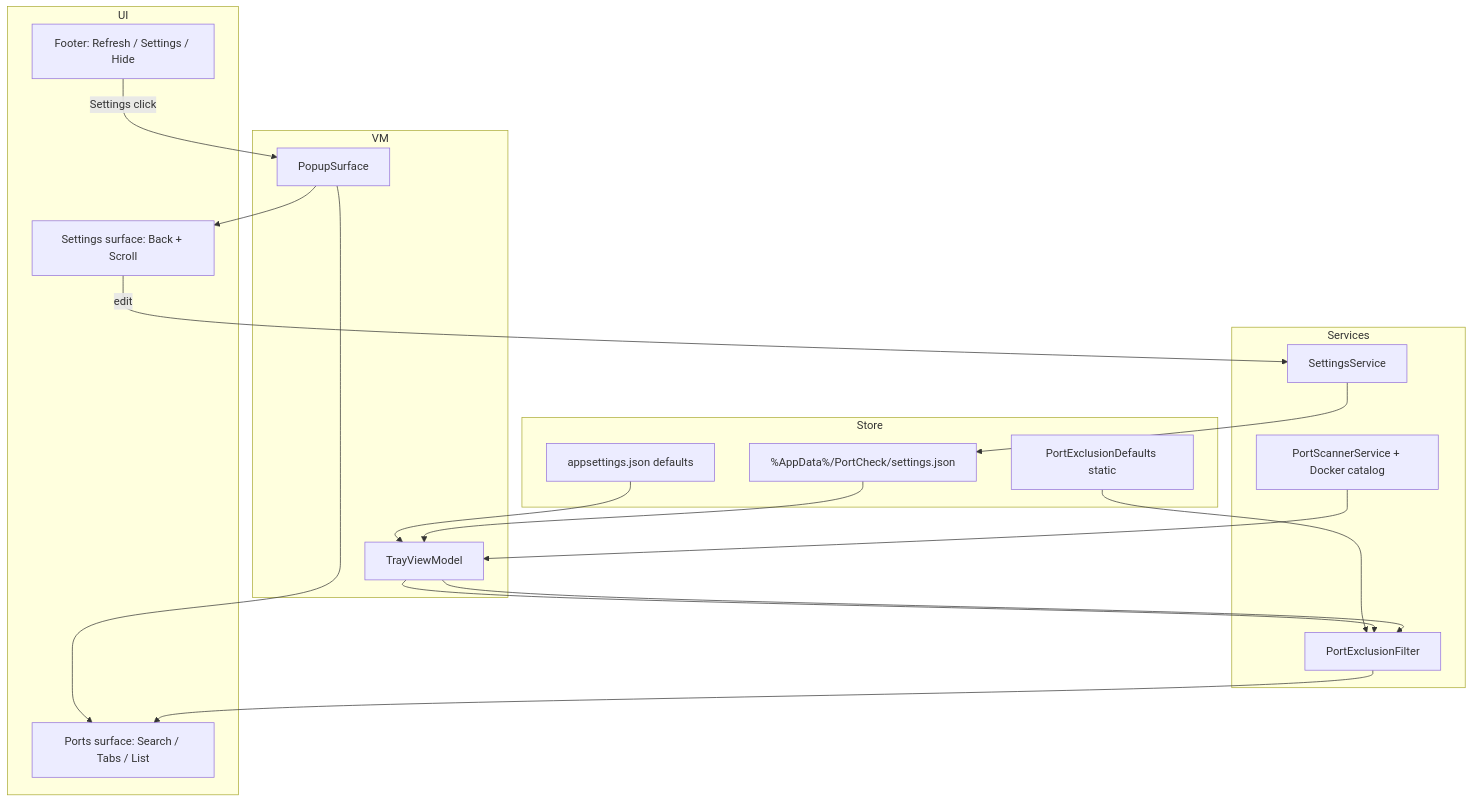
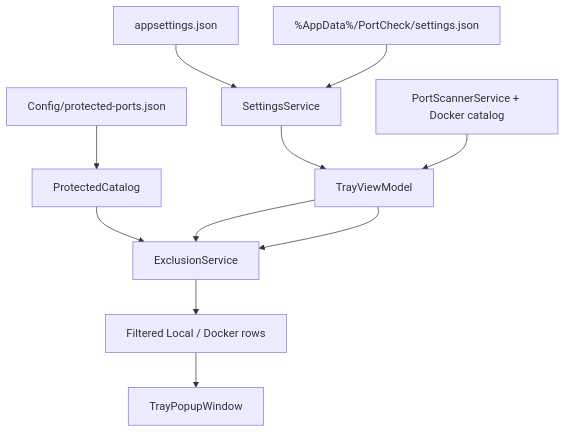
One commit to c47-dev/port changed the first of 2 diagrams in docs/implementation-records/260528_settings-subpage-plan.md. Above: the diagram before and after it, drawn with Mermaid. The commit also changed other lines of this file and 13 other files, not shown here.

````diff
--- a/docs/implementation-records/260528_settings-subpage-plan.md
+++ b/docs/implementation-records/260528_settings-subpage-plan.md
@@ -134,38 +114,13 @@
 ```mermaid
 flowchart TB
-    subgraph UI
-        Footer[Footer: Refresh / Settings / Hide]
-        PortsHome[Ports surface: Search / Tabs / List]
-        SettingsPage[Settings surface: Back + Scroll]
-    end
-
-    subgraph VM
-        TVM[TrayViewModel]
-        Surf[PopupSurface]
-    end
-
-    subgraph Services
-        Scan[PortScannerService + Docker catalog]
-        Excl[PortExclusionFilter]
-        SetSvc[SettingsService]
-    end
-
-    subgraph Store
-        AppCfg[appsettings.json defaults]
-        UserCfg["%AppData%/PortCheck/settings.json"]
-        BuiltIn[PortExclusionDefaults static]
-    end
-
-    Footer -->|Settings click| Surf
-    Surf --> PortsHome
-    Surf --> SettingsPage
-    SettingsPage -->|edit| SetSvc
-    SetSvc --> UserCfg
-    AppCfg --> TVM
-    UserCfg --> TVM
-    BuiltIn --> Excl
-    TVM --> Excl
-    Scan --> TVM
-    TVM --> Excl
-    Excl --> PortsHome
+    AppConfig["appsettings.json"] --> SettingsService
+    UserFile["%AppData%/PortCheck/settings.json"] --> SettingsService
+    ProtectedFile["Config/protected-ports.json"] --> ProtectedCatalog
+    SettingsService --> TrayViewModel
+    ProtectedCatalog --> ExclusionService
+    TrayViewModel --> ExclusionService
+    Scanner["PortScannerService + Docker catalog"] --> TrayViewModel
+    TrayViewModel --> ExclusionService
+    ExclusionService --> FilteredRows["Filtered Local / Docker rows"]
+    FilteredRows --> Popup["TrayPopupWindow"]
 ```
````
